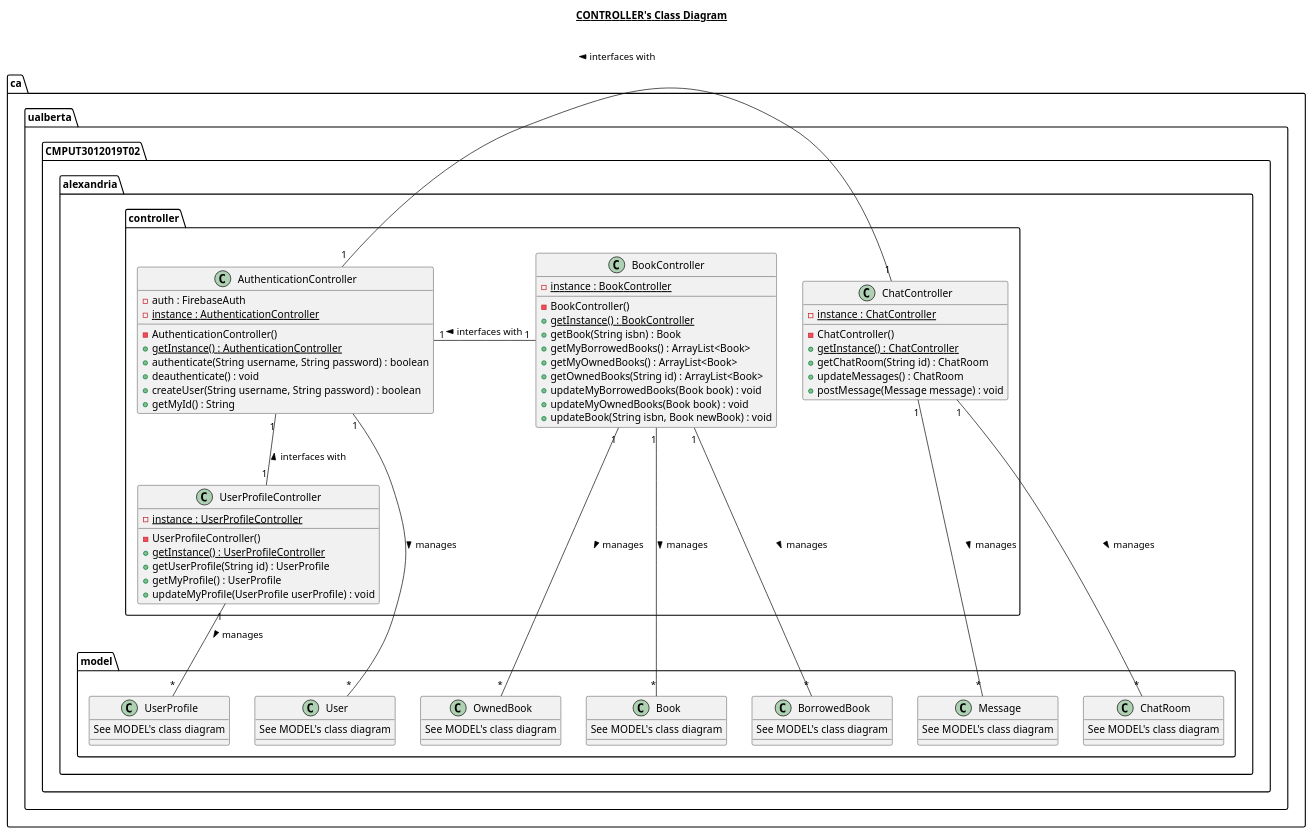
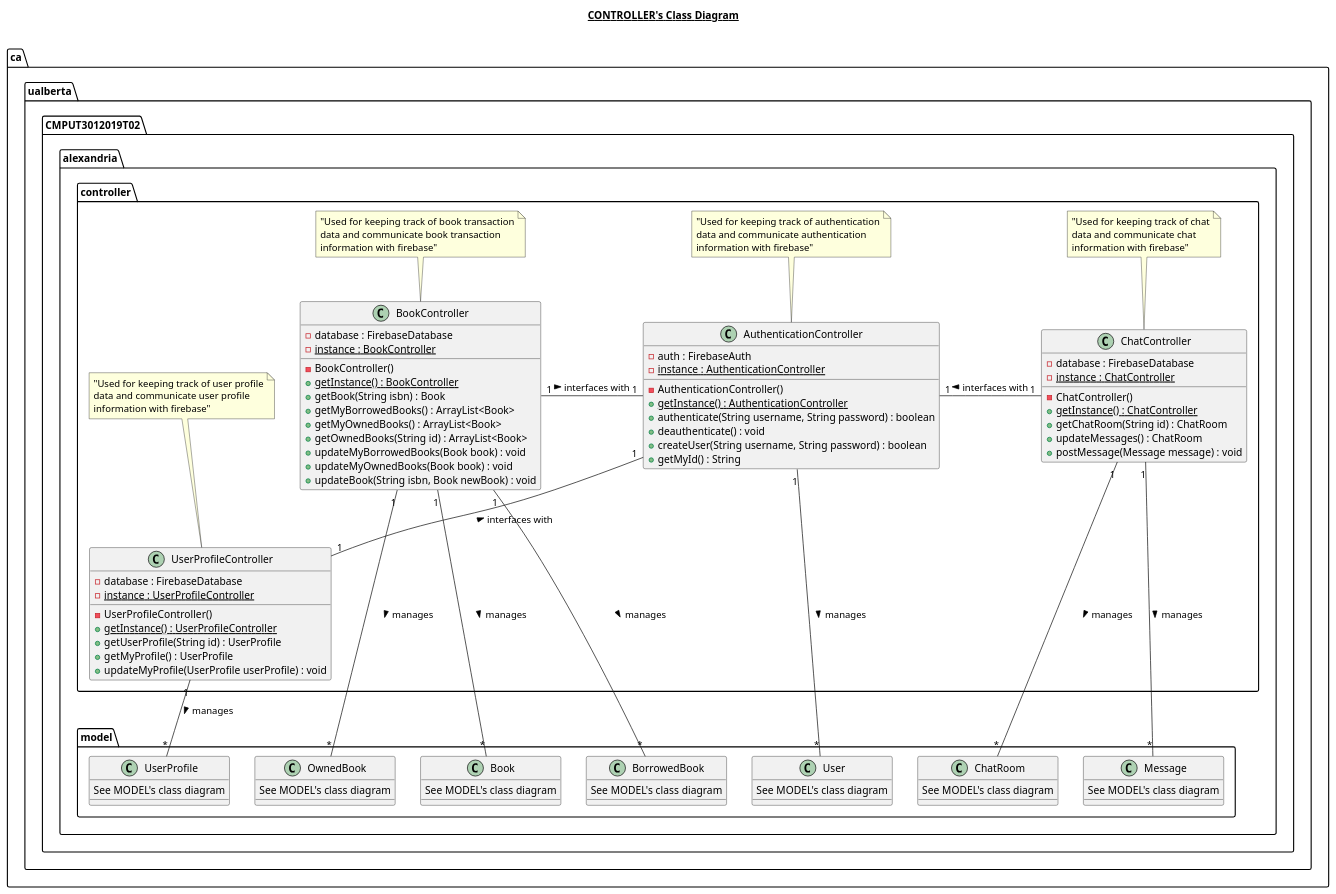
The diagram in doc/uml/class_diagrams/controller.plantuml (cmput301w19t02/Alexandria), drawn with PlantUML before and after one commit. The commit also changed 4 other files, not shown here.

Commit message:
Add comments to uml

```diff
--- a/doc/uml/class_diagrams/controller.plantuml
+++ b/doc/uml/class_diagrams/controller.plantuml
@@ -1,102 +1,109 @@
 @startuml
 
 title __CONTROLLER's Class Diagram__\n
 
 package ca.ualberta.CMPUT3012019T02.alexandria {
 
     package ca.ualberta.CMPUT3012019T02.alexandria.controller {
 
         class AuthenticationController {
             - auth : FirebaseAuth
             {static} - instance : AuthenticationController
             - AuthenticationController()
             {static} + getInstance() : AuthenticationController
             + authenticate(String username, String password) : boolean
             + deauthenticate() : void
             + createUser(String username, String password) : boolean
             + getMyId() : String
         }
+        note top: "Used for keeping track of authentication\ndata and communicate authentication\ninformation with firebase"
 
         class BookController {
+            - database : FirebaseDatabase
             {static} - instance : BookController
             - BookController()
             {static} + getInstance() : BookController
             + getBook(String isbn) : Book
             + getMyBorrowedBooks() : ArrayList<Book>
             + getMyOwnedBooks() : ArrayList<Book>
             + getOwnedBooks(String id) : ArrayList<Book>
             + updateMyBorrowedBooks(Book book) : void
             + updateMyOwnedBooks(Book book) : void
             + updateBook(String isbn, Book newBook) : void
         }
+        note top: "Used for keeping track of book transaction\ndata and communicate book transaction\ninformation with firebase"
 
         class UserProfileController {
+             - database : FirebaseDatabase
             {static} - instance : UserProfileController
             - UserProfileController()
             {static} + getInstance() : UserProfileController
             + getUserProfile(String id) : UserProfile
             + getMyProfile() : UserProfile
             + updateMyProfile(UserProfile userProfile) : void
         }
+        note top: "Used for keeping track of user profile\ndata and communicate user profile\ninformation with firebase"
 
         class ChatController {
+            - database : FirebaseDatabase
             {static} - instance : ChatController
             - ChatController()
             {static} + getInstance() : ChatController
             + getChatRoom(String id) : ChatRoom 
             + updateMessages() : ChatRoom 
             + postMessage(Message message) : void
         }
+        note top: "Used for keeping track of chat\ndata and communicate chat\ninformation with firebase"
 
     }
 
 
     package ca.ualberta.CMPUT3012019T02.alexandria.model {
 
         class BorrowedBook { 
             See MODEL's class diagram
         }
 
         class OwnedBook { 
             See MODEL's class diagram
         }
 
         class Book { 
             See MODEL's class diagram
         }
 
         class User { 
             See MODEL's class diagram
         }
 
         class UserProfile { 
             See MODEL's class diagram
         }
 
         class ChatRoom { 
             See MODEL's class diagram
         }
 
         class Message { 
             See MODEL's class diagram
         }
 
     }
 
 }
 
 AuthenticationController "1" -down- "*" User : manages >
 
 UserProfileController "1" -down- "*" UserProfile : manages >
 UserProfileController "1" -up- "1" AuthenticationController : interfaces with >
 
 BookController "1" -down- "*" BorrowedBook : manages >
 BookController "1" -down- "*" OwnedBook : manages >
 BookController "1" -down- "*" Book : manages >
 BookController "1" -right- "1" AuthenticationController : interfaces with >
 
 ChatController "1" -down- "*" ChatRoom : manages >
 ChatController "1" -down- "*" Message : manages >
 ChatController "1" -left- "1" AuthenticationController : interfaces with >
 
 @enduml
```
